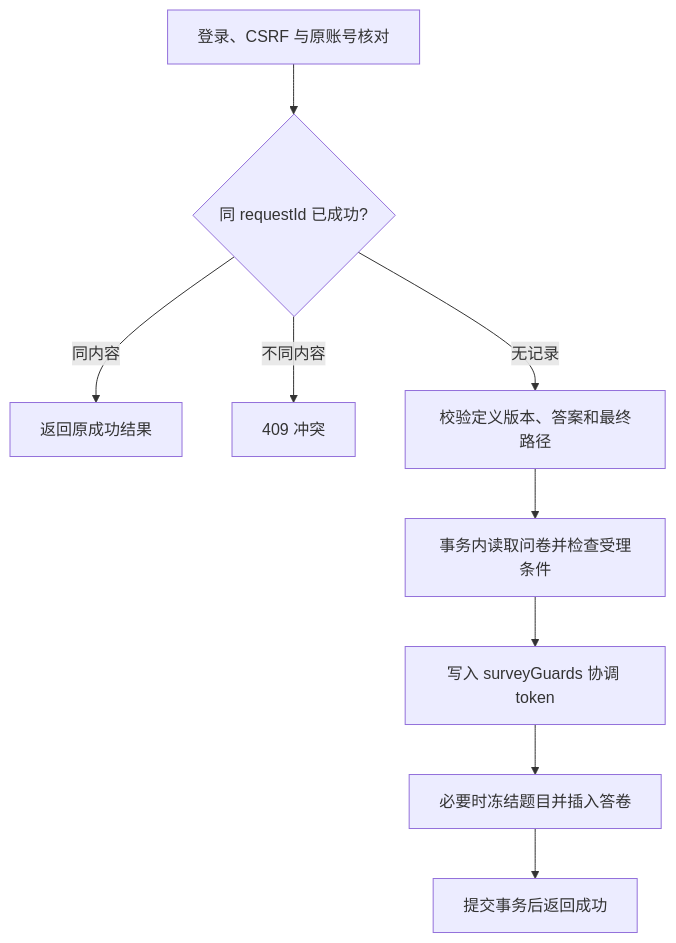
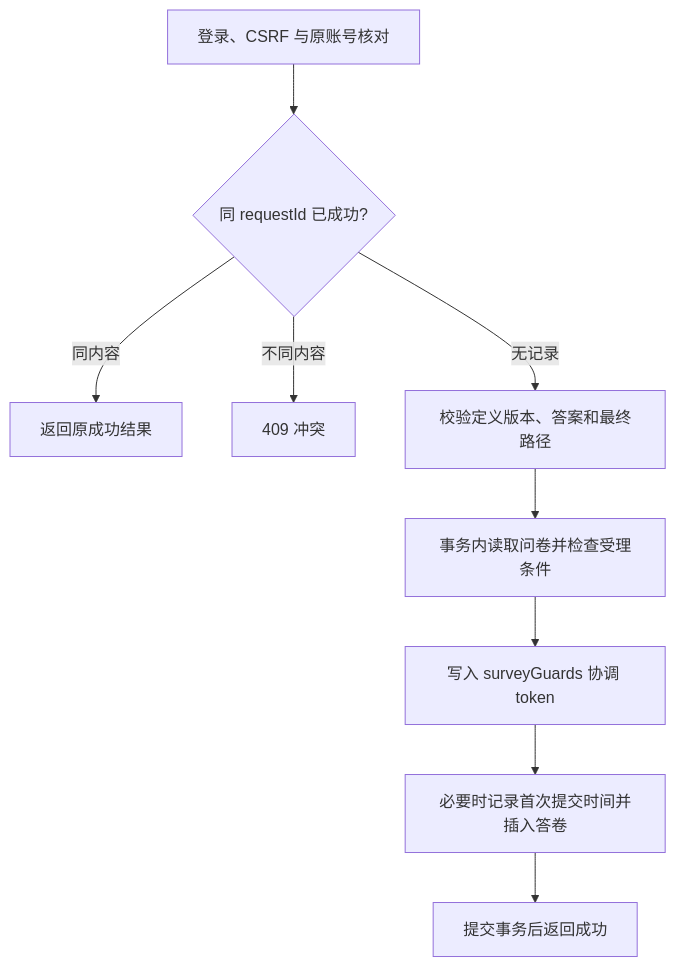
The second of 2 diagrams in docs/design.md (ShrHang/DB_LEARNING), drawn with Mermaid before and after one commit. The commit also changed other lines of this file and 41 other files, not shown here.

````diff
--- a/docs/design.md
+++ b/docs/design.md
@@ -62,11 +70,11 @@
 ```mermaid
 flowchart TD
   A[登录、CSRF 与原账号核对] --> B{同 requestId 已成功?}
   B -->|同内容| R[返回原成功结果]
   B -->|不同内容| X[409 冲突]
   B -->|无记录| C[校验定义版本、答案和最终路径]
   C --> D[事务内读取问卷并检查受理条件]
   D --> E[写入 surveyGuards 协调 token]
-  E --> F[必要时冻结题目并插入答卷]
+  E --> F[必要时记录首次提交时间并插入答卷]
   F --> G[提交事务后返回成功]
 ```
````
